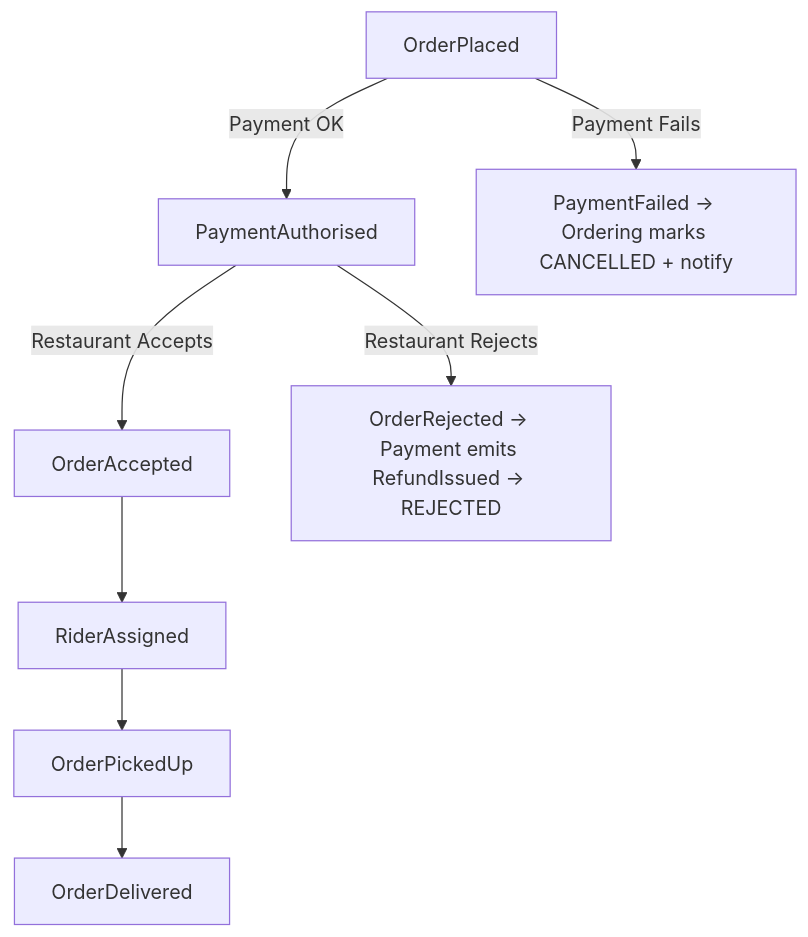
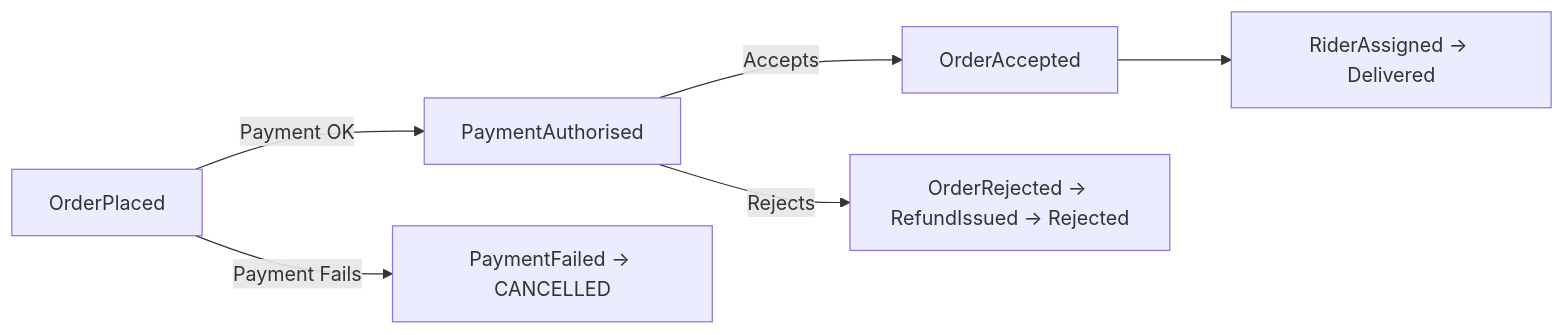
Before and after one commit to SthNoWork/Y3-S1-Lessons: the fifth of 6 diagrams in Software Architecture/Midterm/study.md, drawn with Mermaid. The commit also changed other lines of this file and 8 other files, not shown here.

````diff
--- a/Software Architecture/Midterm/study.md
+++ b/Software Architecture/Midterm/study.md
@@ -941,8 +1199,7 @@
 ```mermaid
-flowchart TD
+flowchart LR
   OP["OrderPlaced"] -->|"Payment OK"| PA["PaymentAuthorised"]
-  OP -->|"Payment Fails"| PF["PaymentFailed -> Ordering marks CANCELLED + notify"]
-  PA -->|"Restaurant Accepts"| OA["OrderAccepted"]
-  PA -->|"Restaurant Rejects"| OR["OrderRejected -> Payment emits RefundIssued -> REJECTED"]
-  OA --> RA["RiderAssigned"] --> PK["OrderPickedUp"] --> DL["OrderDelivered"]
+  OP -->|"Payment Fails"| PF["PaymentFailed -> CANCELLED"]
+  PA -->|"Accepts"| OA["OrderAccepted"] --> RA["RiderAssigned -> Delivered"]
+  PA -->|"Rejects"| OR["OrderRejected -> RefundIssued -> Rejected"]
 ```
````
